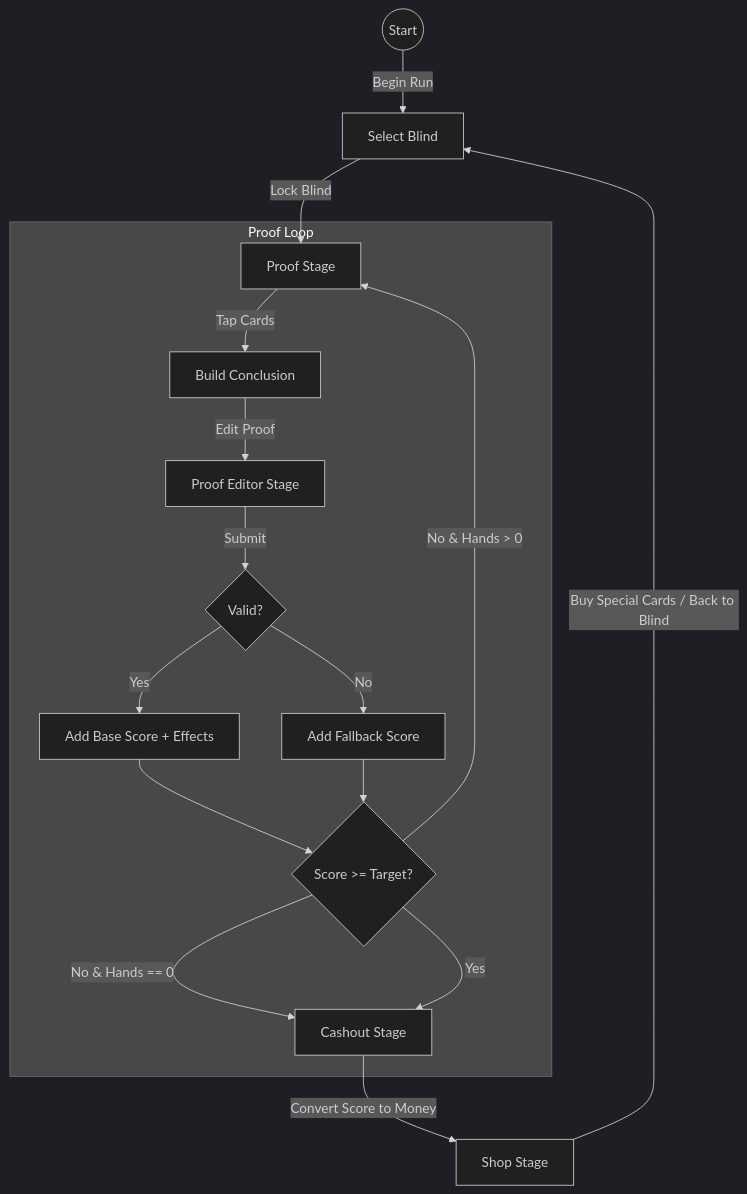
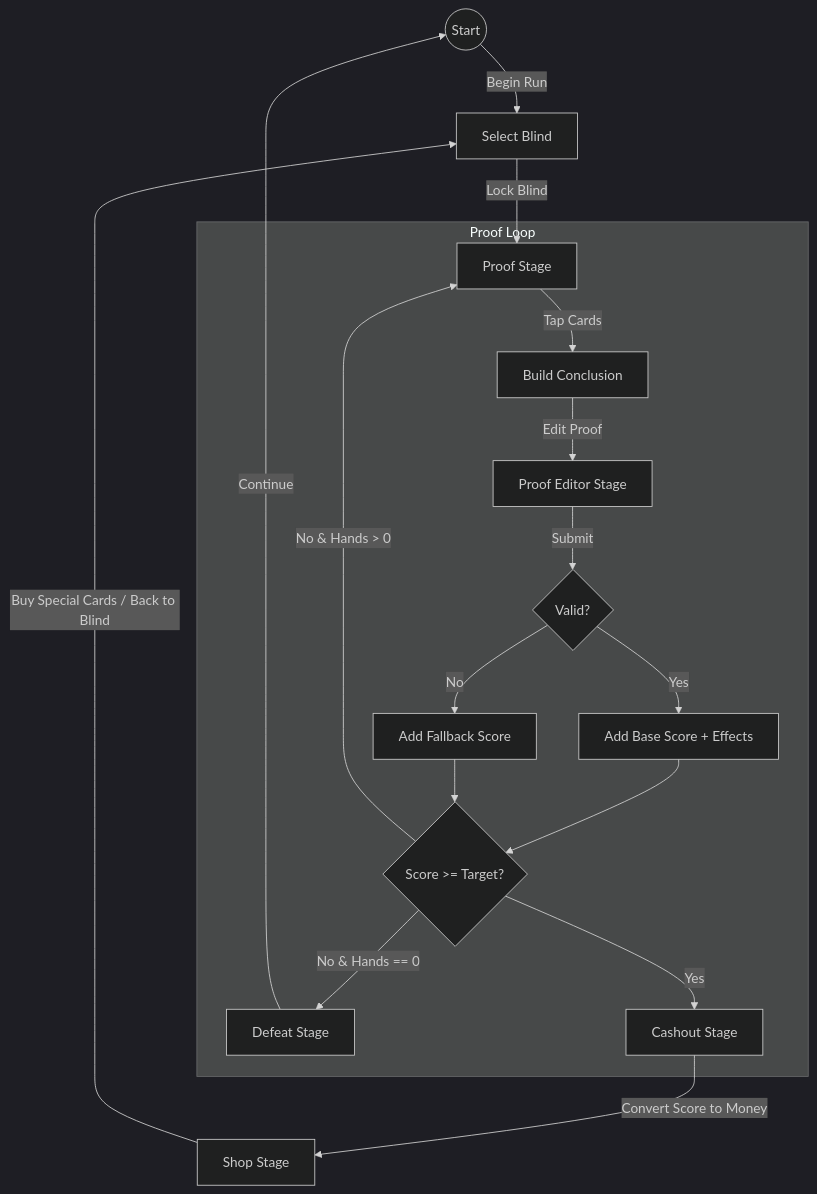
One commit to lilzcyyds-alt/boolatro changed the diagram in design_doc/1.0 Overview.md. Above: the diagram before and after it, drawn with Mermaid (dark theme). The commit also changed 12 other files, not shown here.

````diff
--- a/design_doc/1.0 Overview.md
+++ b/design_doc/1.0 Overview.md
@@ -13,21 +13,22 @@
 ```mermaid
 graph TD
     Start((Start)) -->|Begin Run| SelectBlind[Select Blind]
     SelectBlind -->|Lock Blind| Proof[Proof Stage]
-    
+
     subgraph Proof Loop
         Proof -->|Tap Cards| Conclusion[Build Conclusion]
         Conclusion -->|Edit Proof| Editor[Proof Editor Stage]
         Editor -->|Submit| Logic{Valid?}
         Logic -->|Yes| Score[Add Base Score + Effects]
         Logic -->|No| Fallback[Add Fallback Score]
         Score --> Goal{Score >= Target?}
         Fallback --> Goal
         Goal -->|No & Hands > 0| Proof
-        Goal -->|No & Hands == 0| Cashout[Cashout Stage]
-        Goal -->|Yes| Cashout
+        Goal -->|No & Hands == 0| Defeat[Defeat Stage]
+        Goal -->|Yes| Cashout[Cashout Stage]
     end
-    
+
     Cashout -->|Convert Score to Money| Shop[Shop Stage]
     Shop -->|Buy Special Cards / Back to Blind| SelectBlind
+    Defeat -->|Continue| Start
 ```
````
